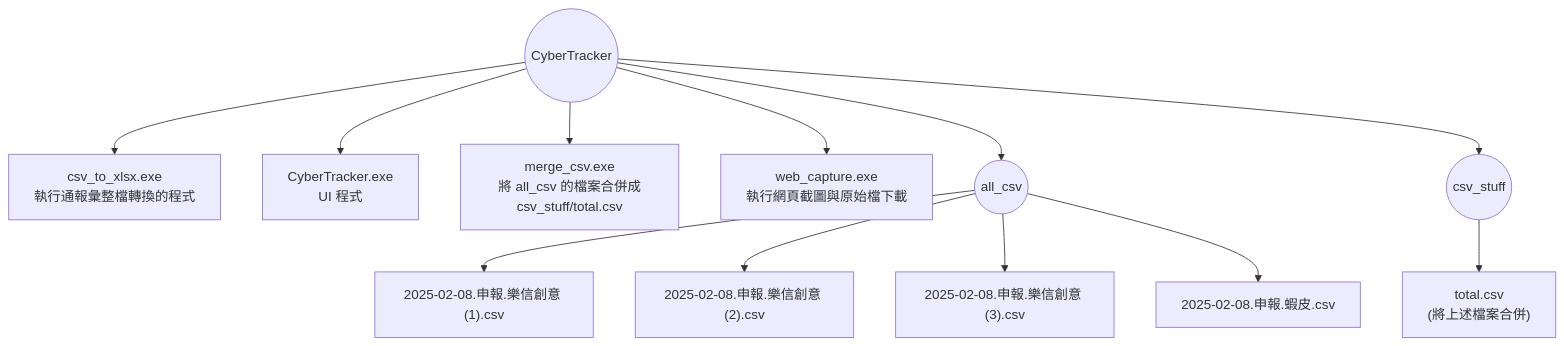
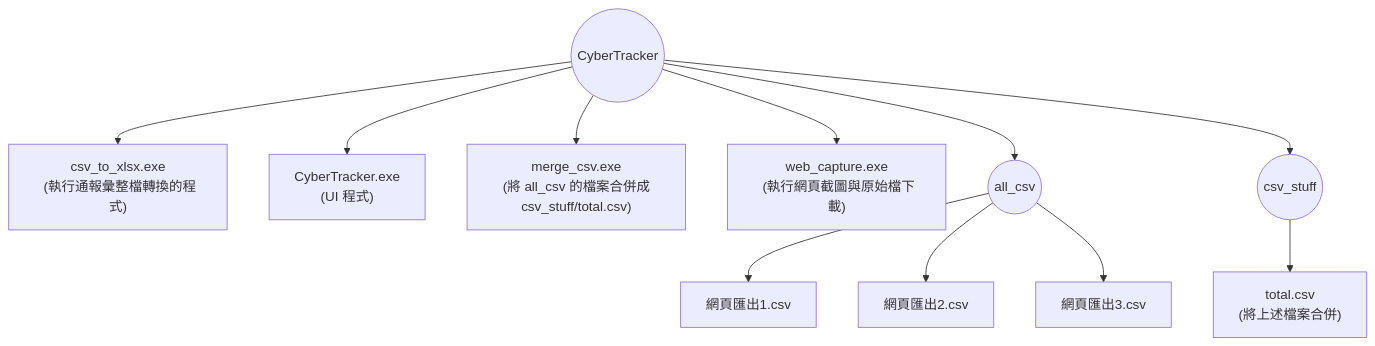
The first of 2 diagrams in README.md (Sucryan/CyberTracker), drawn with Mermaid before and after one commit. The commit also changed other lines of this file, not shown here.

Commit message:
Modify README, 03/17, 04:22

````diff
--- a/README.md
+++ b/README.md
@@ -9,17 +9,16 @@
 ```mermaid
 flowchart TB
     A((CyberTracker))
-    A --> B["csv_to_xlsx.exe<br> 執行通報彙整檔轉換的程式"]
-    A --> C["CyberTracker.exe<br> UI 程式"]
-    A --> D["merge_csv.exe<br> 將 all_csv 的檔案合併成 csv_stuff/total.csv"]
-    A --> E["web_capture.exe<br> 執行網頁截圖與原始檔下載"]
+    A --> B["csv_to_xlsx.exe<br> (執行通報彙整檔轉換的程式)"]
+    A --> C["CyberTracker.exe<br> (UI 程式)"]
+    A --> D["merge_csv.exe<br> (將 all_csv 的檔案合併成 csv_stuff/total.csv)"]
+    A --> E["web_capture.exe<br> (執行網頁截圖與原始檔下載)"]
     A --> F((all_csv))
     A --> G((csv_stuff))
 
-    F --> F1["2025-02-08.申報.樂信創意 (1).csv"]
-    F --> F2["2025-02-08.申報.樂信創意 (2).csv"]
-    F --> F3["2025-02-08.申報.樂信創意 (3).csv"]
-    F --> F4["2025-02-08.申報.蝦皮.csv"]
+    F --> F1["網頁匯出1.csv"]
+    F --> F2["網頁匯出2.csv"]
+    F --> F3["網頁匯出3.csv"]
 
     G --> G1["total.csv<br> (將上述檔案合併)"]
 ```
````
